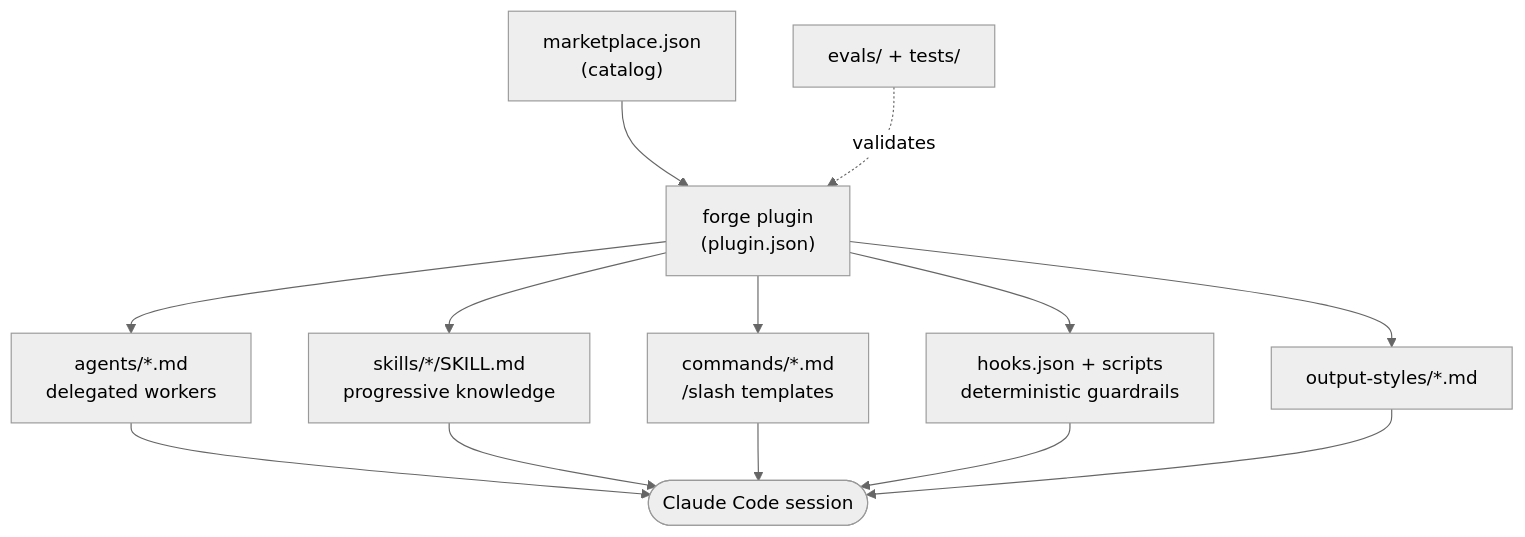
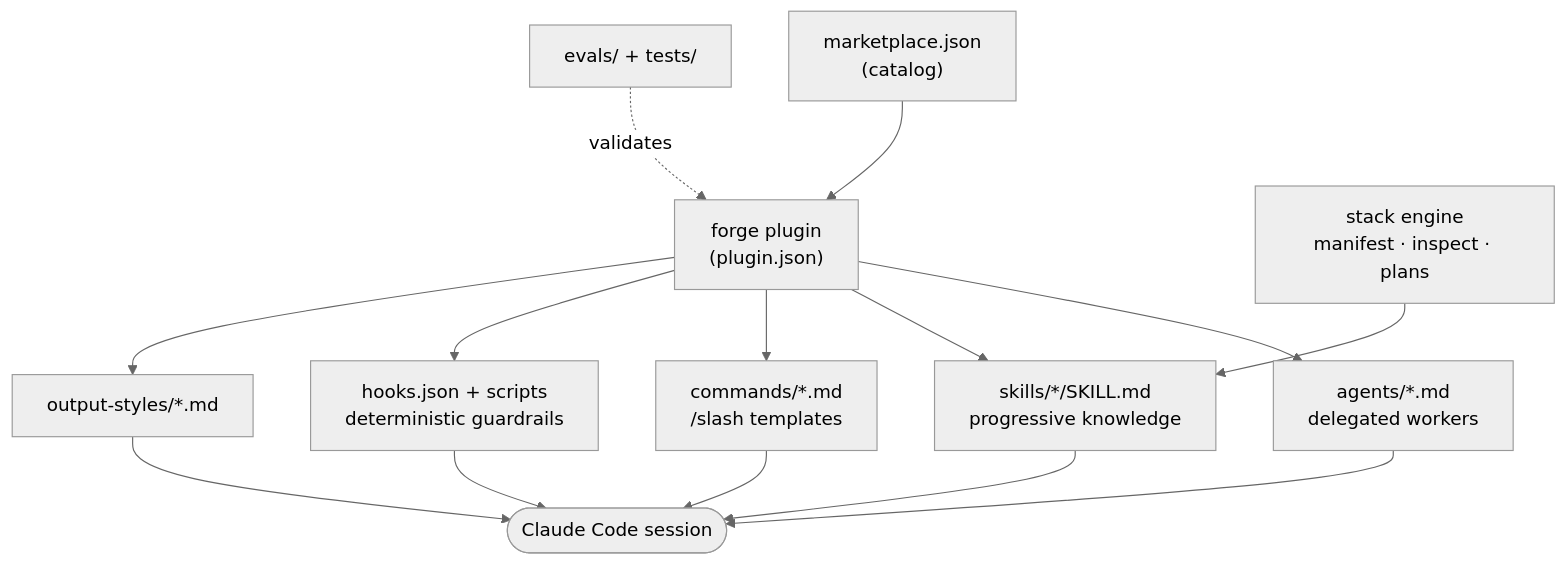
One commit to AlisinaDevelo/md-files changed the first of 3 diagrams in docs/architecture.md. Above: the diagram before and after it, drawn with Mermaid (neutral theme). The commit also changed other lines of this file and 56 other files, not shown here.

````diff
--- a/docs/architecture.md
+++ b/docs/architecture.md
@@ -62,15 +63,16 @@
 ```mermaid
 flowchart TD
   market["marketplace.json\n(catalog)"] --> plugin["forge plugin\n(plugin.json)"]
   plugin --> agents["agents/*.md\ndelegated workers"]
   plugin --> skills["skills/*/SKILL.md\nprogressive knowledge"]
   plugin --> commands["commands/*.md\n/slash templates"]
   plugin --> hooks["hooks.json + scripts\ndeterministic guardrails"]
   plugin --> styles["output-styles/*.md"]
   agents --> cc(["Claude Code session"])
   skills --> cc
   commands --> cc
   hooks --> cc
   styles --> cc
   evidence["evals/ + tests/"] -. validates .-> plugin
+  stack["stack engine\nmanifest · inspect · plans"] --> skills
 ```
````
